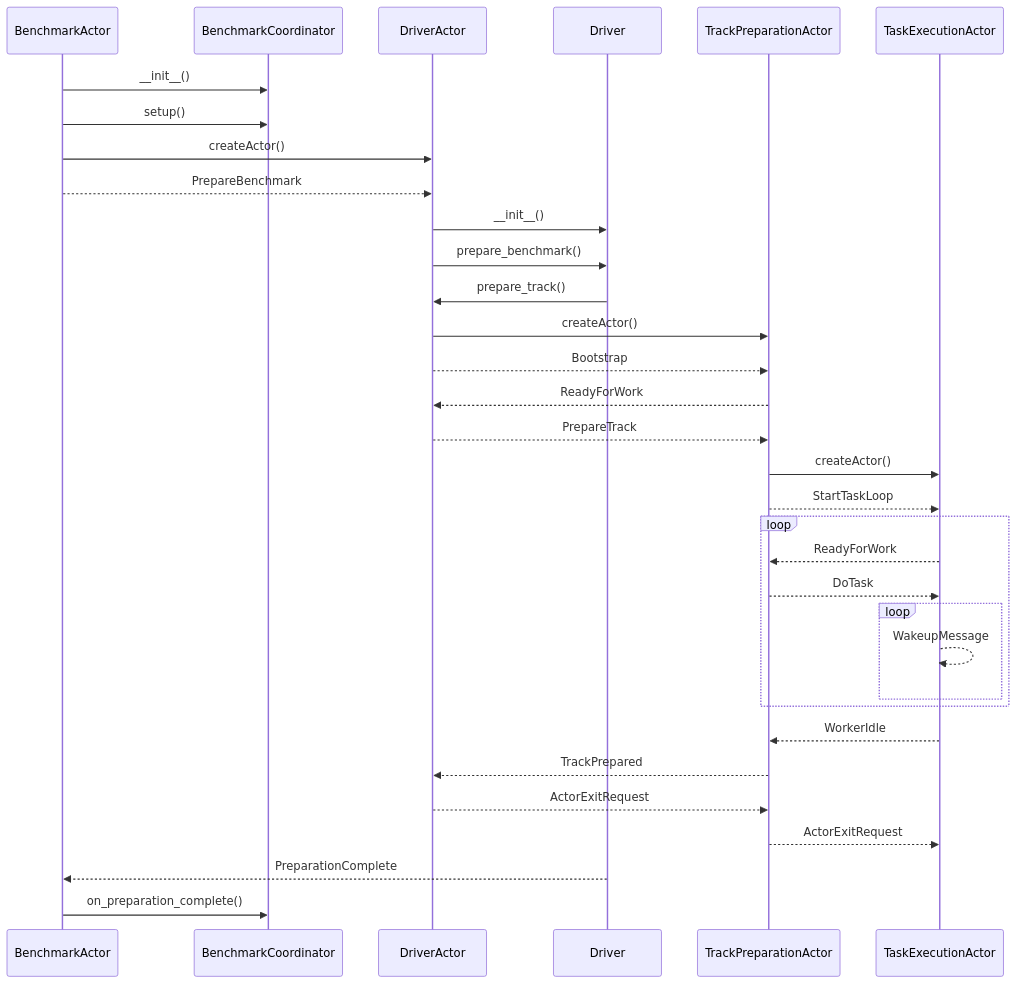
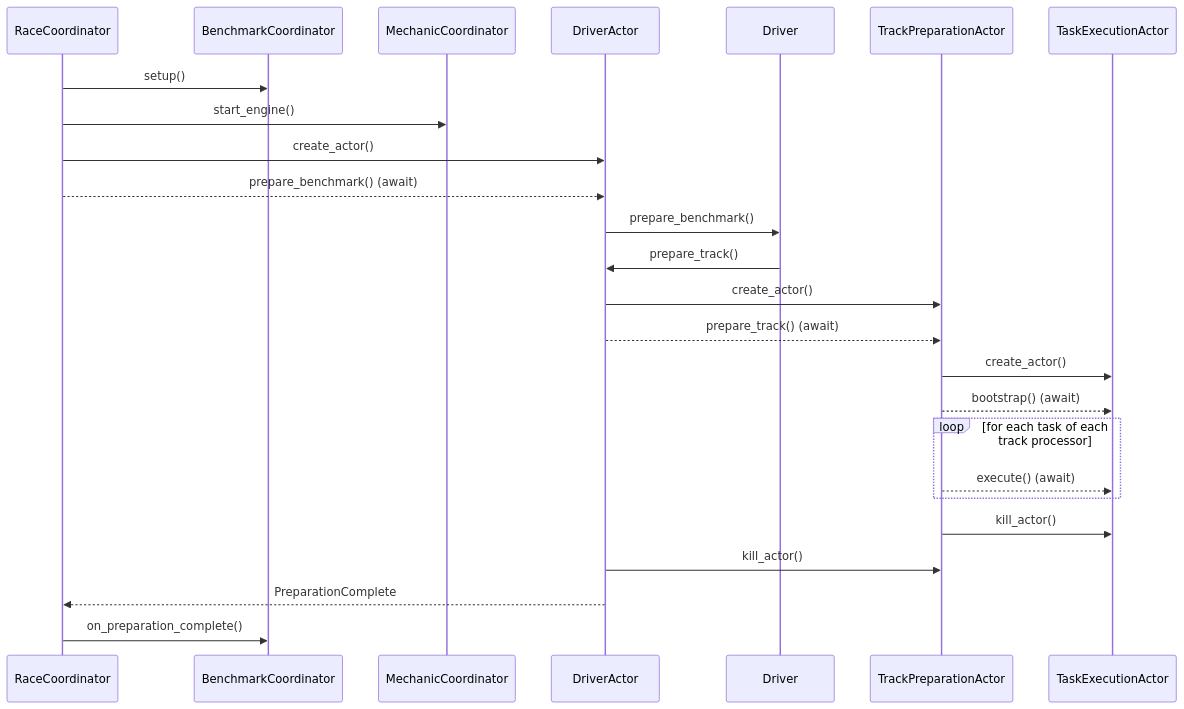
Before and after one commit to elastic/rally: the first of 3 diagrams in docs/architecture/actor_system.md, drawn with Mermaid. The commit also changed other lines of this file and 43 other files, not shown here.

````diff
--- a/docs/architecture/actor_system.md
+++ b/docs/architecture/actor_system.md
@@ -59,29 +86,20 @@
 ```mermaid
 sequenceDiagram
-    BenchmarkActor ->> BenchmarkCoordinator: __init__()
-    BenchmarkActor ->> BenchmarkCoordinator: setup()
-    BenchmarkActor ->> DriverActor: createActor()
-    BenchmarkActor -->> DriverActor: PrepareBenchmark
-    DriverActor ->> Driver: __init__()
+    RaceCoordinator ->> BenchmarkCoordinator: setup()
+    RaceCoordinator ->> MechanicCoordinator: start_engine()
+    RaceCoordinator ->> DriverActor: create_actor()
+    RaceCoordinator -->> DriverActor: prepare_benchmark() (await)
     DriverActor ->> Driver: prepare_benchmark()
     Driver ->> DriverActor: prepare_track()
-    DriverActor ->> TrackPreparationActor: createActor()
-    DriverActor -->> TrackPreparationActor: Bootstrap
-    TrackPreparationActor -->> DriverActor: ReadyForWork
-    DriverActor -->> TrackPreparationActor: PrepareTrack
-    TrackPreparationActor ->> TaskExecutionActor: createActor()
-    TrackPreparationActor -->> TaskExecutionActor: StartTaskLoop
-    loop
-        TaskExecutionActor -->> TrackPreparationActor: ReadyForWork
-        TrackPreparationActor -->> TaskExecutionActor: DoTask
-        loop
-            TaskExecutionActor -->> TaskExecutionActor: WakeupMessage
-        end
+    DriverActor ->> TrackPreparationActor: create_actor()
+    DriverActor -->> TrackPreparationActor: prepare_track() (await)
+    TrackPreparationActor ->> TaskExecutionActor: create_actor()
+    TrackPreparationActor -->> TaskExecutionActor: bootstrap() (await)
+    loop for each task of each track processor
+        TrackPreparationActor -->> TaskExecutionActor: execute() (await)
     end
-    TaskExecutionActor -->> TrackPreparationActor: WorkerIdle
-    TrackPreparationActor -->> DriverActor: TrackPrepared
-    DriverActor -->> TrackPreparationActor: ActorExitRequest
-    TrackPreparationActor -->> TaskExecutionActor: ActorExitRequest
-    Driver -->> BenchmarkActor: PreparationComplete
-    BenchmarkActor ->> BenchmarkCoordinator: on_preparation_complete()
+    TrackPreparationActor ->> TaskExecutionActor: kill_actor()
+    DriverActor ->> TrackPreparationActor: kill_actor()
+    DriverActor -->> RaceCoordinator: PreparationComplete
+    RaceCoordinator ->> BenchmarkCoordinator: on_preparation_complete()
 ```
````
